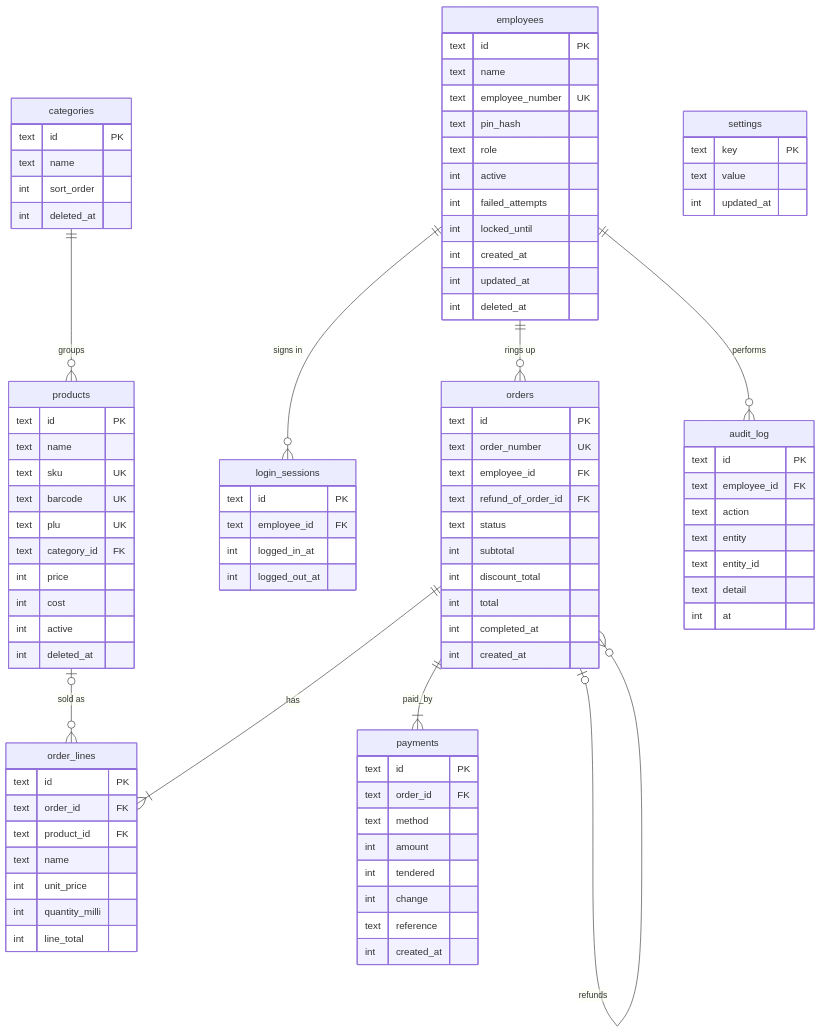
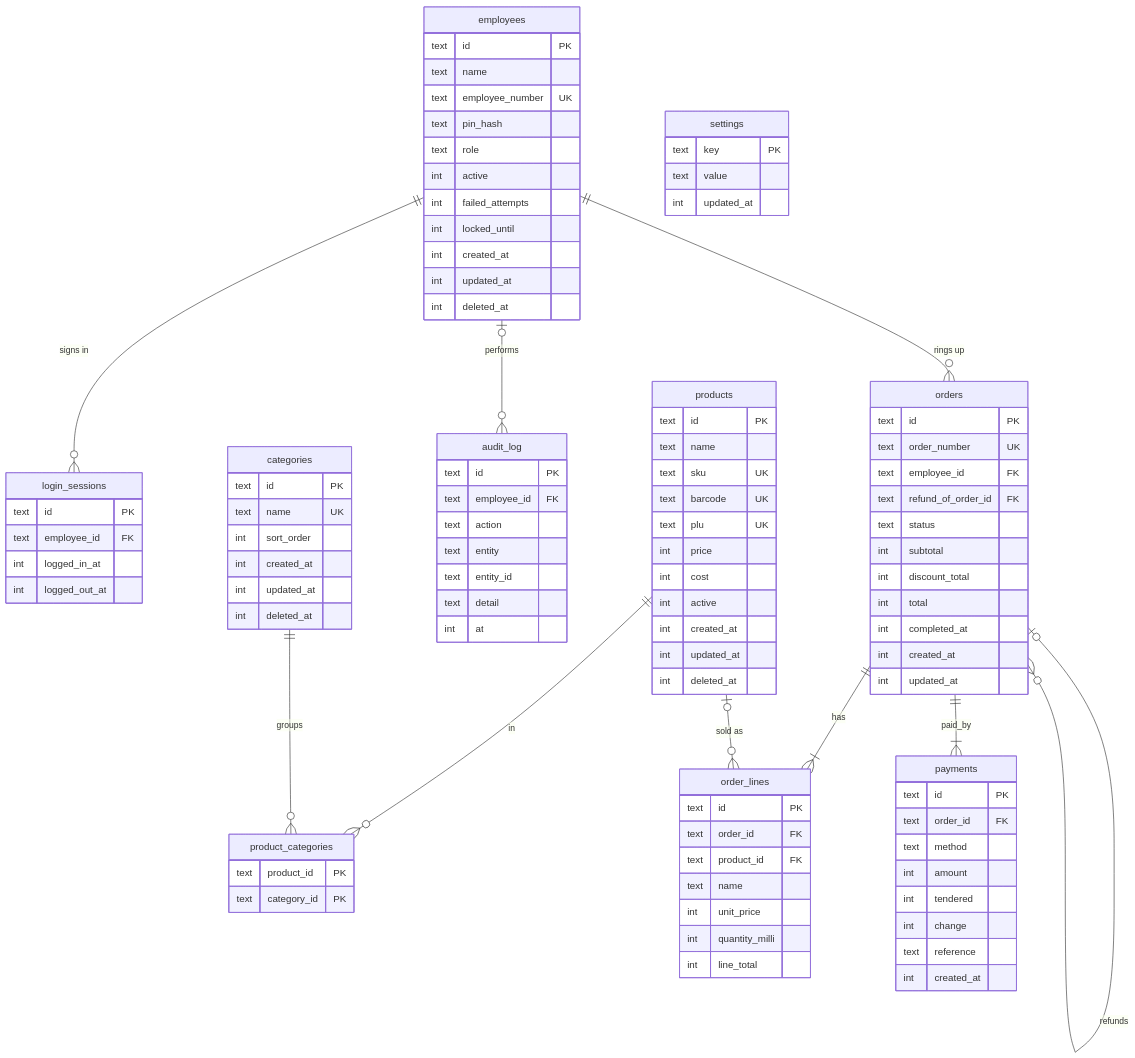
The diagram in docs/erd.mmd (Joseph-013/MicroPOS-monorepo), drawn with Mermaid before and after one commit. The commit also changed 105 other files, not shown here.

```diff
--- a/docs/erd.mmd
+++ b/docs/erd.mmd
@@ -1,92 +1,101 @@
 erDiagram
     employees ||--o{ login_sessions : "signs in"
     employees ||--o{ orders : "rings up"
-    employees ||--o{ audit_log : "performs"
-    categories ||--o{ products : "groups"
+    employees |o--o{ audit_log : "performs"
+    products ||--o{ product_categories : "in"
+    categories ||--o{ product_categories : "groups"
     orders ||--|{ order_lines : "has"
     products |o--o{ order_lines : "sold as"
     orders ||--|{ payments : "paid_by"
     orders |o--o{ orders : "refunds"
 
     employees {
         text id PK
         text name
         text employee_number UK
         text pin_hash
         text role
         int active
         int failed_attempts
         int locked_until
         int created_at
         int updated_at
         int deleted_at
     }
     login_sessions {
         text id PK
         text employee_id FK
         int logged_in_at
         int logged_out_at
     }
     audit_log {
         text id PK
         text employee_id FK
         text action
         text entity
         text entity_id
         text detail
         int at
     }
     categories {
         text id PK
-        text name
+        text name UK
         int sort_order
+        int created_at
+        int updated_at
         int deleted_at
+    }
+    product_categories {
+        text product_id PK
+        text category_id PK
     }
     products {
         text id PK
         text name
         text sku UK
         text barcode UK
         text plu UK
-        text category_id FK
         int price
         int cost
         int active
+        int created_at
+        int updated_at
         int deleted_at
     }
     orders {
         text id PK
         text order_number UK
         text employee_id FK
         text refund_of_order_id FK
         text status
         int subtotal
         int discount_total
         int total
         int completed_at
         int created_at
+        int updated_at
     }
     order_lines {
         text id PK
         text order_id FK
         text product_id FK
         text name
         int unit_price
         int quantity_milli
         int line_total
     }
     payments {
         text id PK
         text order_id FK
         text method
         int amount
         int tendered
         int change
         text reference
         int created_at
     }
     settings {
         text key PK
         text value
         int updated_at
     }
```
